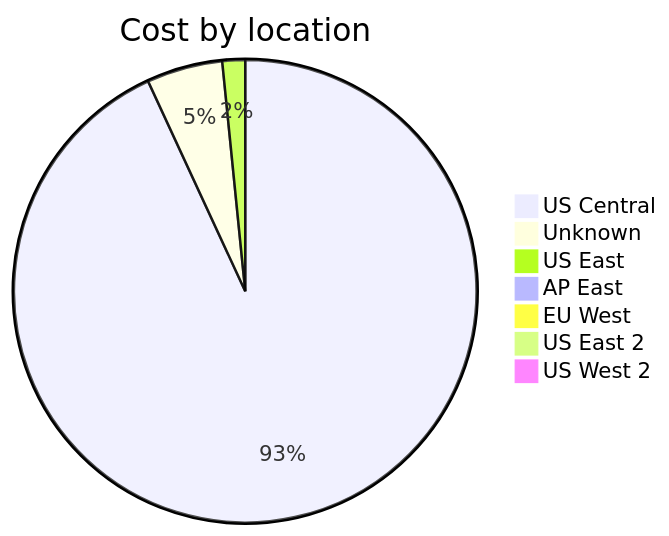
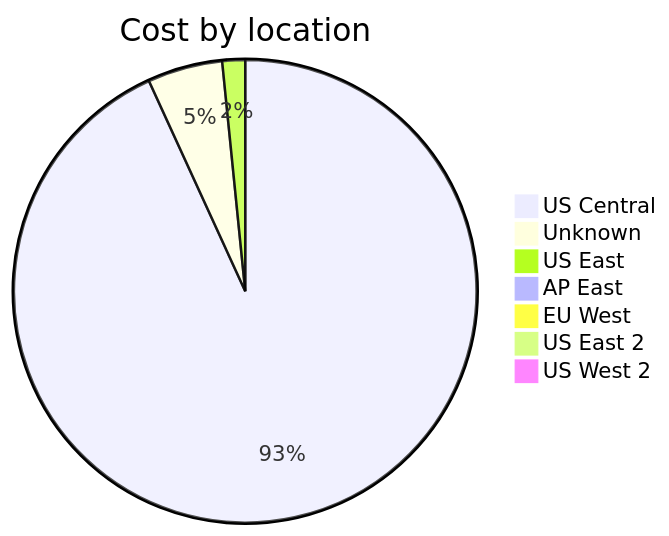
Before and after one commit to jpfulton/azure-personal-reports: the third of 4 diagrams in cost-reports/accumulated-cost.md, drawn with Mermaid. The commit also changed other lines of this file and 4 other files, not shown here.

````diff
--- a/cost-reports/accumulated-cost.md
+++ b/cost-reports/accumulated-cost.md
@@ -123,11 +123,11 @@
 ```mermaid
 pie
    title Cost by location
-   "US Central" : 3.51
-   "Unknown" : 0.20
-   "US East" : 0.06
+   "US Central" : 4.09
+   "Unknown" : 0.23
+   "US East" : 0.07
    "AP East" : 0.00
    "EU West" : 0.00
    "US East 2" : 0.00
    "US West 2" : 0.00
 ```
````
